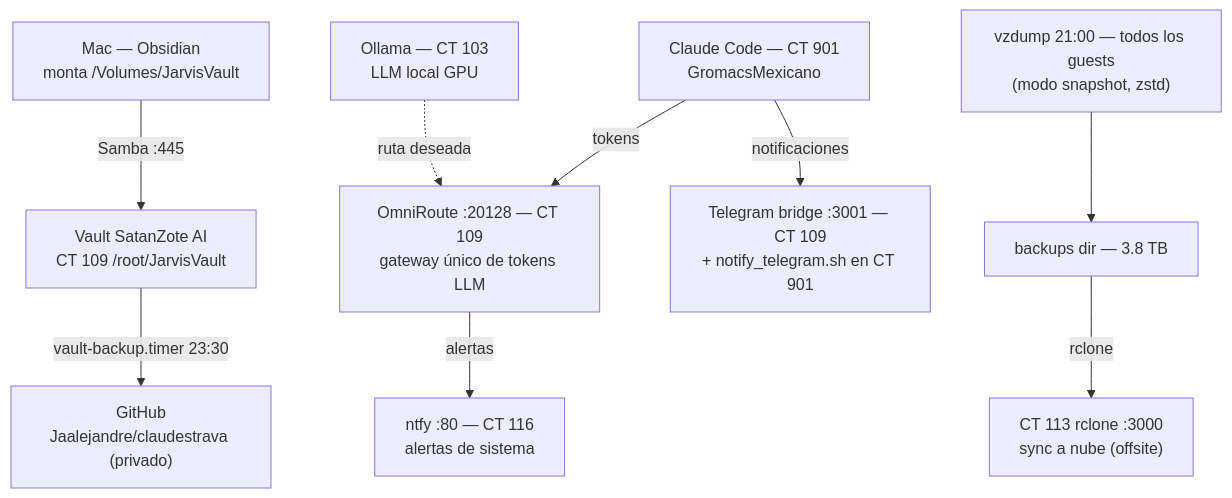
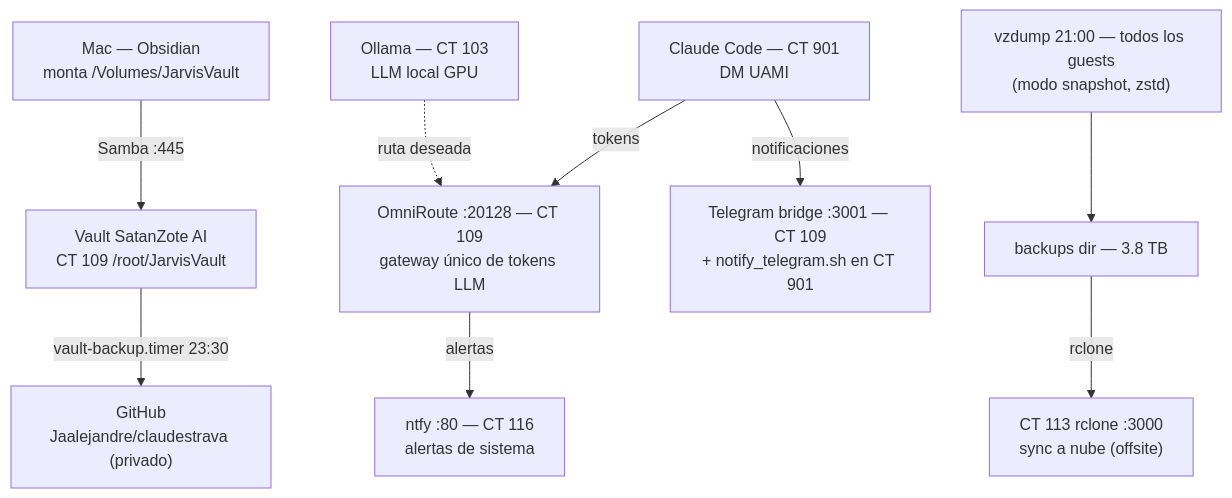
The third of 3 diagrams in 00_System/Notes/Servidor Proxmox/Arquitectura/(C) Diagramas pve.md (Jaalejandre/claudestrava), drawn with Mermaid before and after one commit. The commit also changed other lines of this file and 198 other files, not shown here.

Commit message:
refactor: rename project from GromacsMexicano to DM UAMI across vault, codebase and docs

````diff
--- a/00_System/Notes/Servidor Proxmox/Arquitectura/(C) Diagramas pve.md
+++ b/00_System/Notes/Servidor Proxmox/Arquitectura/(C) Diagramas pve.md
@@ -133,23 +133,23 @@
 ```mermaid
 flowchart TB
     V["Vault SatanZote AI<br/>CT 109 /root/JarvisVault"]
     MAC["Mac — Obsidian<br/>monta /Volumes/JarvisVault"]
     GH["GitHub<br/>Jaalejandre/claudestrava (privado)"]
     OR["OmniRoute :20128 — CT 109<br/>gateway único de tokens LLM"]
-    CC["Claude Code — CT 901<br/>GromacsMexicano"]
+    CC["Claude Code — CT 901<br/>DM UAMI"]
     OL["Ollama — CT 103<br/>LLM local GPU"]
     NTF["ntfy :80 — CT 116<br/>alertas de sistema"]
     TG["Telegram bridge :3001 — CT 109<br/>+ notify_telegram.sh en CT 901"]
     VZD["vzdump 21:00 — todos los guests<br/>(modo snapshot, zstd)"]
     BAKS["backups dir — 3.8 TB"]
     OFF["CT 113 rclone :3000<br/>sync a nube (offsite)"]
 
     MAC -->|Samba :445| V
     V -->|vault-backup.timer 23:30| GH
     CC -->|tokens| OR
     OL -.->|ruta deseada| OR
     OR -->|alertas| NTF
     CC -->|notificaciones| TG
     VZD --> BAKS
     BAKS -->|rclone| OFF
 ```
````
